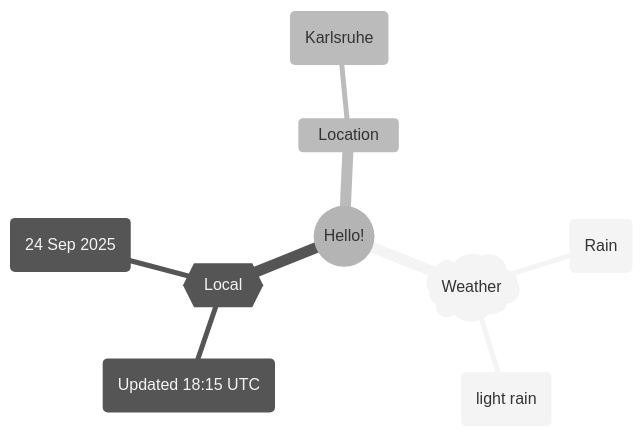
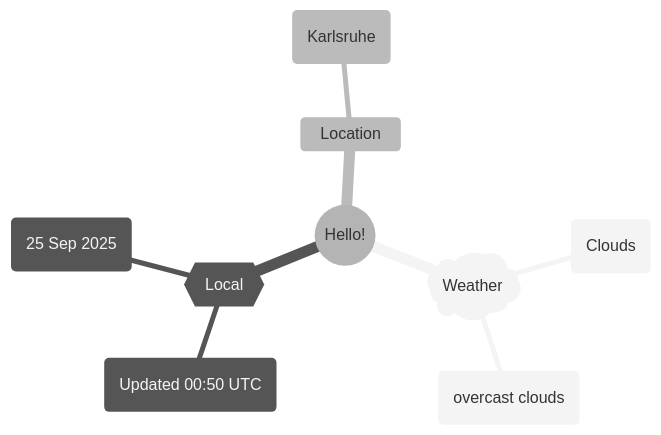
Before and after one commit to Xosrov/Xosrov: the first of 2 diagrams in README.md, drawn with Mermaid (neutral theme).

Commit message:
[bot] updated images

````diff
--- a/README.md
+++ b/README.md
@@ -3,12 +3,12 @@
 ```mermaid
 mindmap
   root((Hello!))
     )Weather(
-        (Rain)
-        (light rain)
+        (Clouds)
+        (overcast clouds)
     {{Local}}
-        (Updated 18:15 UTC)
-        (24 Sep 2025)
+        (Updated 00:50 UTC)
+        (25 Sep 2025)
     Location
         (Karlsruhe)
 ```
````
